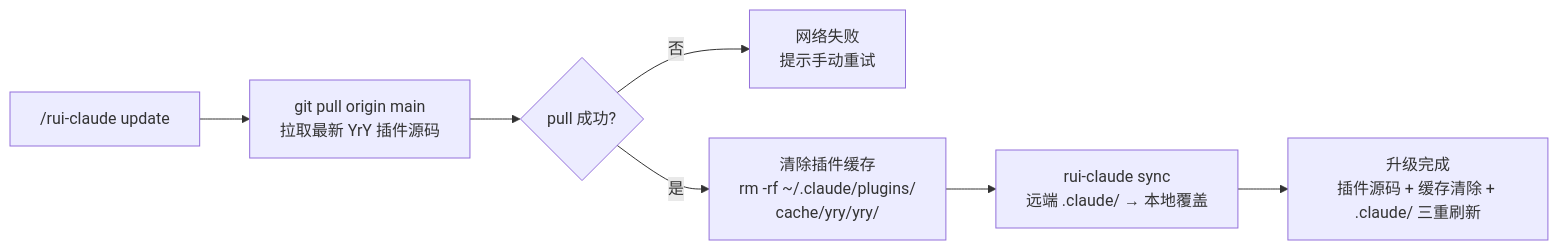
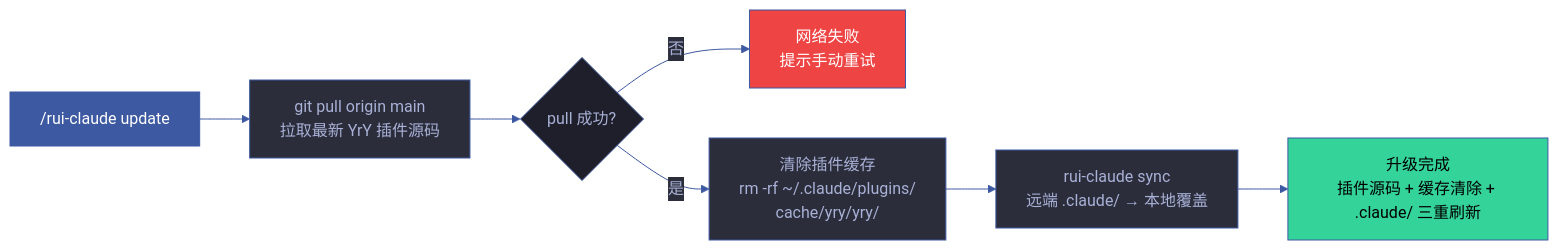
One commit to effiy/YrY changed the fourth of 8 diagrams in skills/rui-claude/SKILL.md. Above: the diagram before and after it, drawn with Mermaid. The commit also changed other lines of this file and 1028 other files, not shown here.

````diff
--- a/skills/rui-claude/SKILL.md
+++ b/skills/rui-claude/SKILL.md
@@ -96,11 +124,22 @@
 ```mermaid
+%%{init: {'theme': 'base', 'themeVariables': {
+  'primaryColor': '#1e1f2b',
+  'primaryTextColor': '#a9b1d6',
+  'primaryBorderColor': '#3d59a1',
+  'lineColor': '#3d59a1',
+  'secondaryColor': '#2b2d3b',
+  'tertiaryColor': '#21232f'
+}}}%%
 flowchart LR
     TRIGGER["/rui-claude update"]:::src --> PULL["git pull origin main<br/>拉取最新 YrY 插件源码"]:::op
     PULL --> CHECK{"pull 成功?"}
     CHECK -->|"否"| FAIL["网络失败<br/>提示手动重试"]:::abort
     CHECK -->|"是"| CLEAR["清除插件缓存<br/>rm -rf ~/.claude/plugins/<br/>cache/yry/yry/"]:::op
     CLEAR --> SYNC["rui-claude sync<br/>远端 .claude/ → 本地覆盖"]:::op
     SYNC --> DONE["升级完成<br/>插件源码 + 缓存清除 + .claude/ 三重刷新"]:::done
 
-
+    classDef src fill:#3d59a1,color:#fff
+    classDef op fill:#2b2d3b,stroke:#3d59a1,color:#a9b1d6
+    classDef abort fill:#ef4444,color:#fff
+    classDef done fill:#34d399,color:#000
 ```
````
